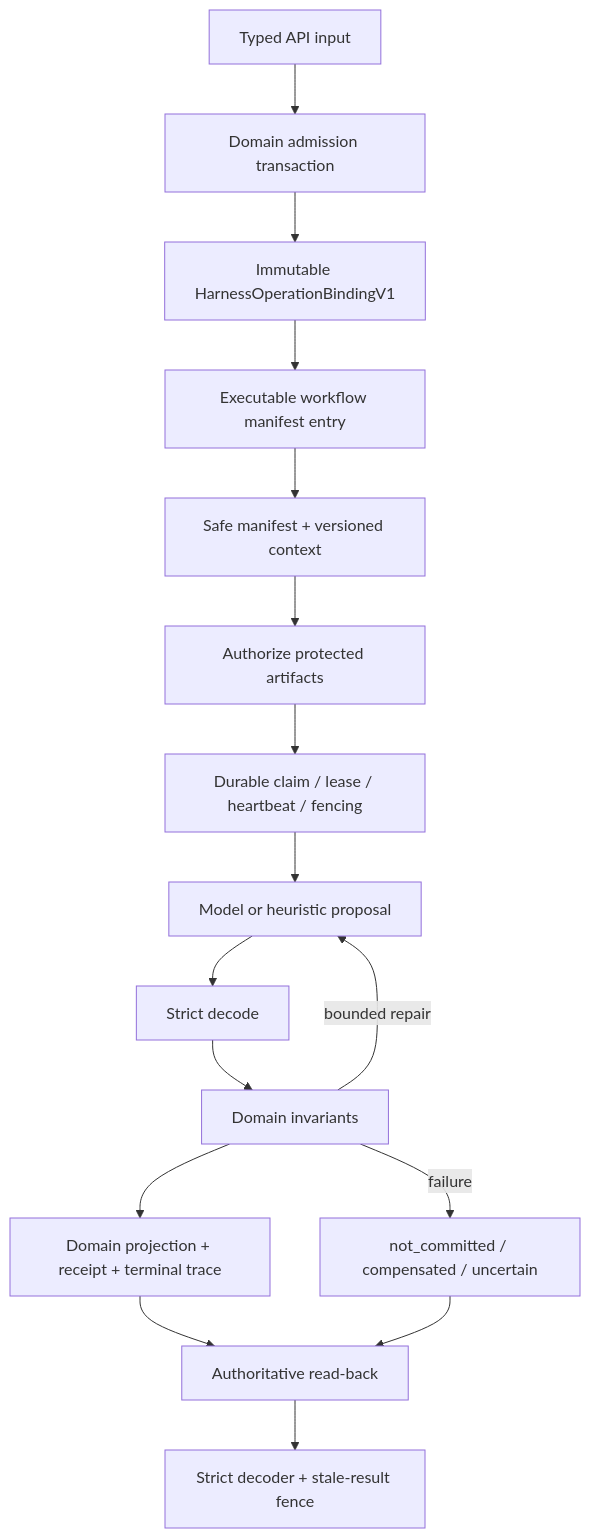
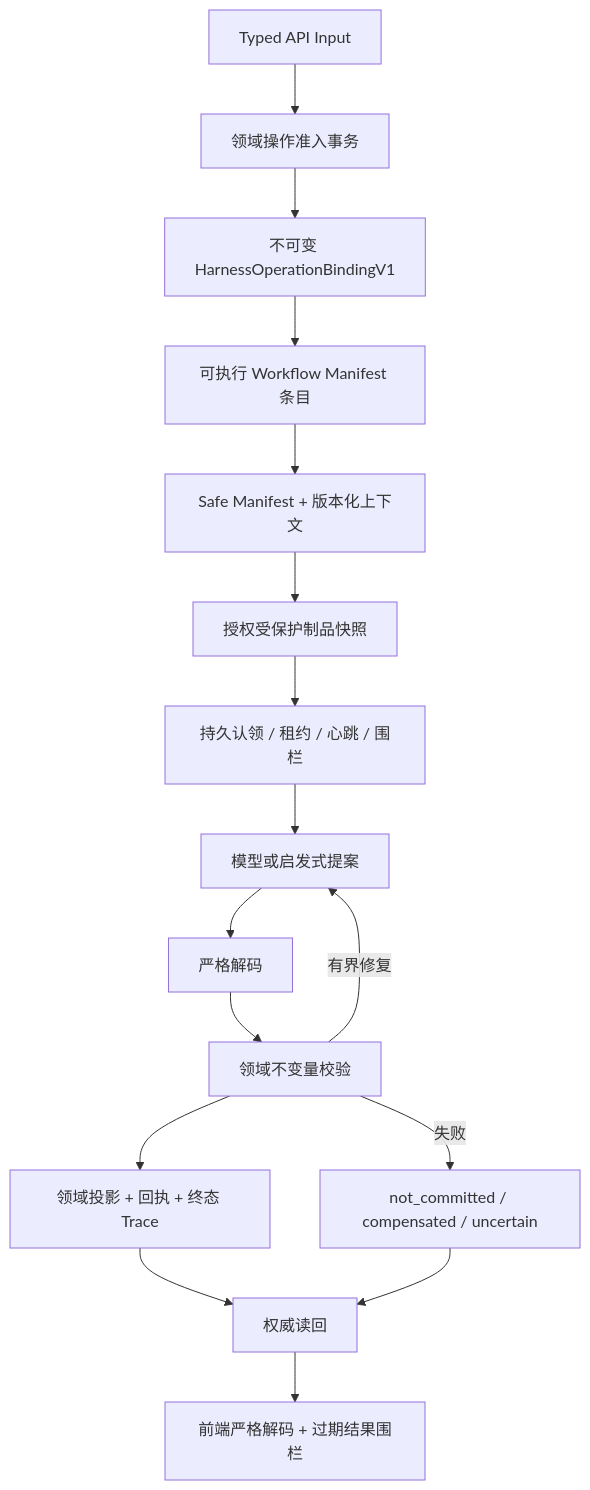
One commit to FrightenedFoxCN/vibe-learner changed the first of 2 diagrams in docs/harness/README.md. Above: the diagram before and after it, drawn with Mermaid. The commit also changed other lines of this file and 87 other files, not shown here.

````diff
--- a/docs/harness/README.md
+++ b/docs/harness/README.md
@@ -21,18 +19,18 @@
 ```mermaid
 flowchart TD
-    Input[Typed API input] --> Admission[Domain admission transaction]
-    Admission --> Binding[Immutable HarnessOperationBindingV1]
-    Binding --> Manifest[Executable workflow manifest entry]
-    Manifest --> Context[Safe manifest + versioned context]
-    Context --> Grant[Authorize protected artifacts]
-    Grant --> Runtime[Durable claim / lease / heartbeat / fencing]
-    Runtime --> Generate[Model or heuristic proposal]
-    Generate --> Decode[Strict decode]
-    Decode --> Validate[Domain invariants]
-    Validate -->|bounded repair| Generate
-    Validate --> Commit[Domain projection + receipt + terminal trace]
-    Validate -->|failure| Failure[not_committed / compensated / uncertain]
-    Commit --> Readback[Authoritative read-back]
+    Input[Typed API Input] --> Admission[领域操作准入事务]
+    Admission --> Binding[不可变 HarnessOperationBindingV1]
+    Binding --> Manifest[可执行 Workflow Manifest 条目]
+    Manifest --> Context[Safe Manifest + 版本化上下文]
+    Context --> Grant[授权受保护制品快照]
+    Grant --> Runtime[持久认领 / 租约 / 心跳 / 围栏]
+    Runtime --> Generate[模型或启发式提案]
+    Generate --> Decode[严格解码]
+    Decode --> Validate[领域不变量校验]
+    Validate -->|有界修复| Generate
+    Validate --> Commit[领域投影 + 回执 + 终态 Trace]
+    Validate -->|失败| Failure[not_committed / compensated / uncertain]
+    Commit --> Readback[权威读回]
     Failure --> Readback
-    Readback --> Frontend[Strict decoder + stale-result fence]
+    Readback --> Frontend[前端严格解码 + 过期结果围栏]
 ```
````
